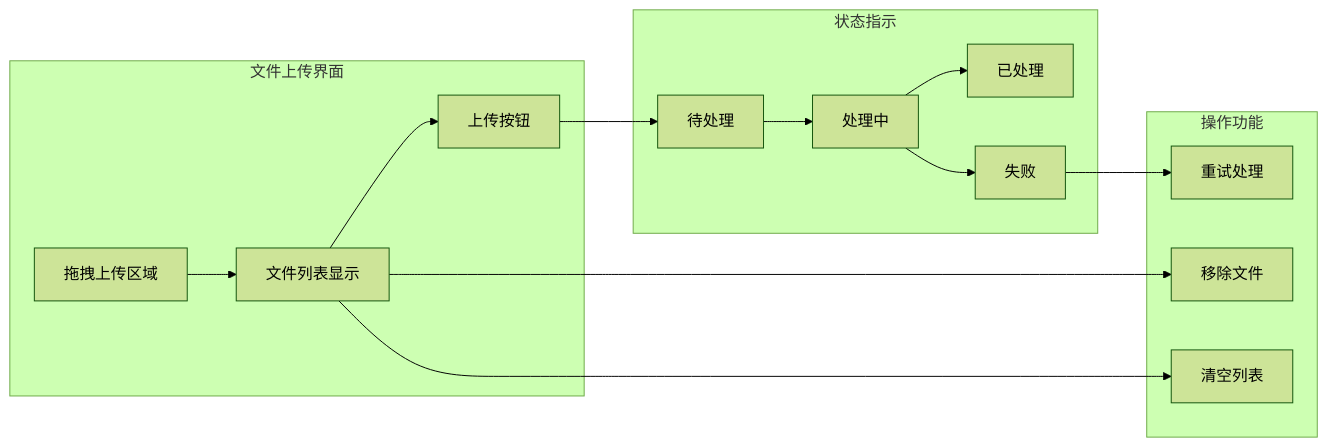
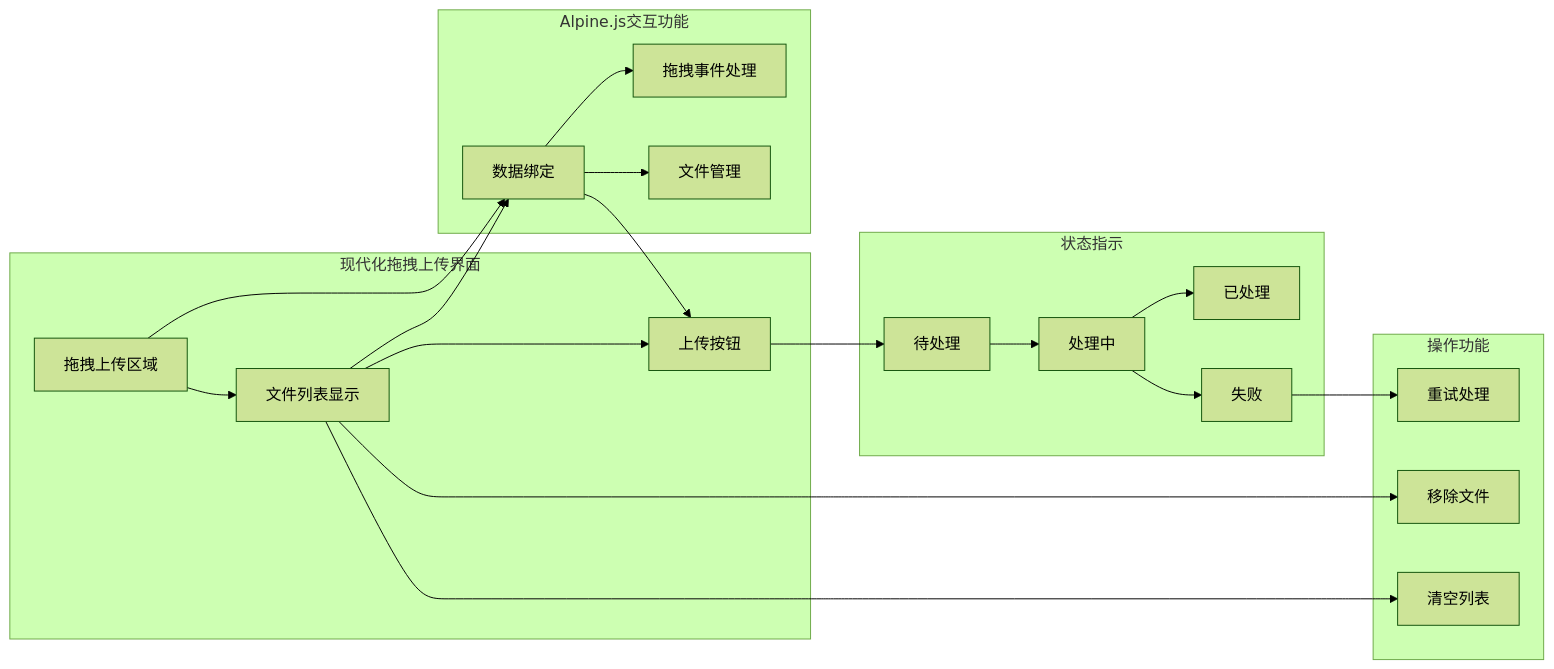
Before and after one commit to beyondalbert/my_wiki: the sixth of 7 diagrams in .qoder/repowiki/zh/content/核心模块/AI知识库模块/AI知识库外部文件上传功能.md, drawn with Mermaid (forest theme). The commit also changed other lines of this file and 2 other files, not shown here.

````diff
--- a/.qoder/repowiki/zh/content/核心模块/AI知识库模块/AI知识库外部文件上传功能.md
+++ b/.qoder/repowiki/zh/content/核心模块/AI知识库模块/AI知识库外部文件上传功能.md
@@ -265,28 +304,38 @@
 ```mermaid
 graph LR
-subgraph "文件上传界面"
+subgraph "现代化拖拽上传界面"
 DropZone[拖拽上传区域]
 FileList[文件列表显示]
 UploadBtn[上传按钮]
+end
+subgraph "Alpine.js交互功能"
+AlpineData[数据绑定]
+DragDrop[拖拽事件处理]
+FileManagement[文件管理]
 end
 subgraph "状态指示"
 Pending[待处理]
 Processing[处理中]
 Processed[已处理]
 Failed[失败]
 end
 subgraph "操作功能"
 Retry[重试处理]
 Remove[移除文件]
 ClearAll[清空列表]
 end
+DropZone --> AlpineData
+AlpineData --> DragDrop
+AlpineData --> FileManagement
+FileList --> AlpineData
+AlpineData --> UploadBtn
 DropZone --> FileList
 FileList --> UploadBtn
 UploadBtn --> Pending
 Pending --> Processing
 Processing --> Processed
 Processing --> Failed
 Failed --> Retry
 FileList --> Remove
 FileList --> ClearAll
 ```
````
